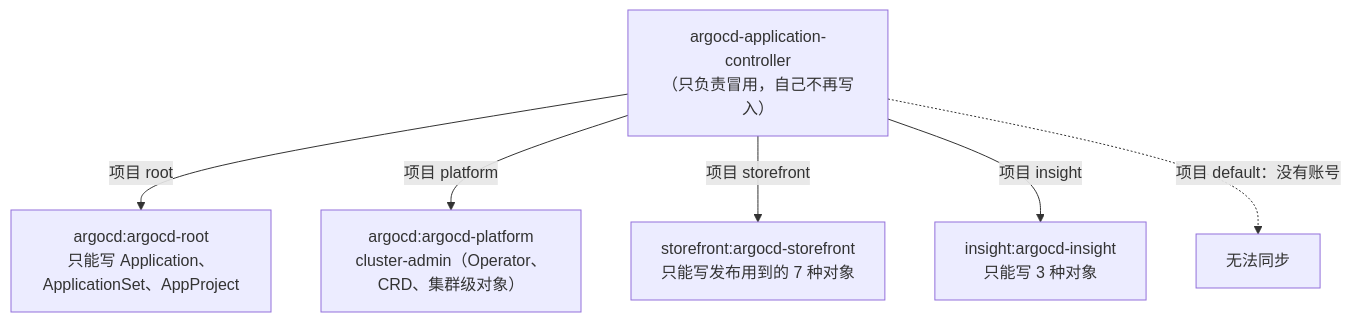
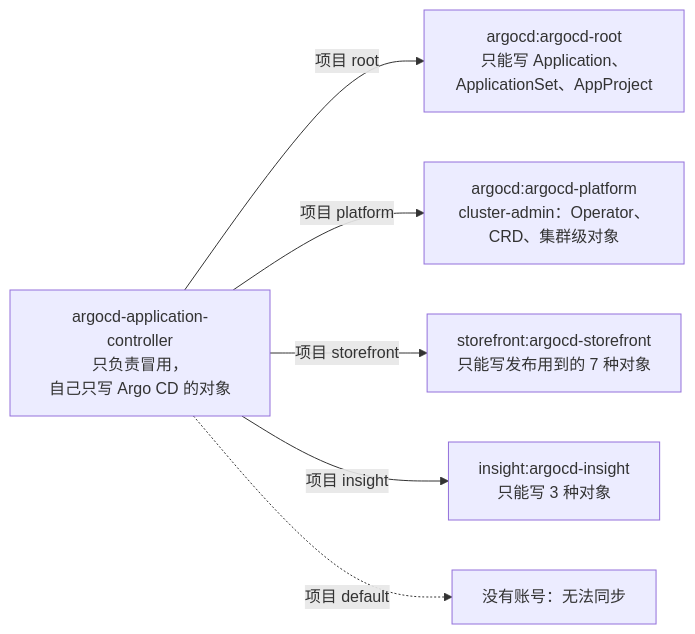
Before and after one commit to miku-wwl/devops-delivery: the second of 3 diagrams in v2/manual/chapters/09-e8-release.md, drawn with Mermaid. The commit also changed other lines of this file and 30 other files, not shown here.

````diff
--- a/v2/manual/chapters/09-e8-release.md
+++ b/v2/manual/chapters/09-e8-release.md
@@ -145,9 +154,9 @@
 ```{.mermaid caption="同步冒用之后，Argo CD 以哪个账号写入集群"}
-flowchart TB
-  ctl["argocd-application-controller<br/>（只负责冒用，自己不再写入）"]
+flowchart LR
+  ctl["argocd-application-controller<br/>只负责冒用，<br/>自己只写 Argo CD 的对象"]
   ctl -->|"项目 root"| r["argocd:argocd-root<br/>只能写 Application、ApplicationSet、AppProject"]
-  ctl -->|"项目 platform"| p["argocd:argocd-platform<br/>cluster-admin（Operator、CRD、集群级对象）"]
+  ctl -->|"项目 platform"| p["argocd:argocd-platform<br/>cluster-admin：Operator、CRD、集群级对象"]
   ctl -->|"项目 storefront"| s["storefront:argocd-storefront<br/>只能写发布用到的 7 种对象"]
   ctl -->|"项目 insight"| i["insight:argocd-insight<br/>只能写 3 种对象"]
-  ctl -.->|"项目 default：没有账号"| d["无法同步"]
+  ctl -.->|"项目 default"| d["没有账号：无法同步"]
 ```
````
